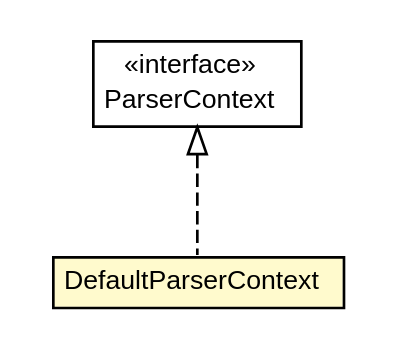
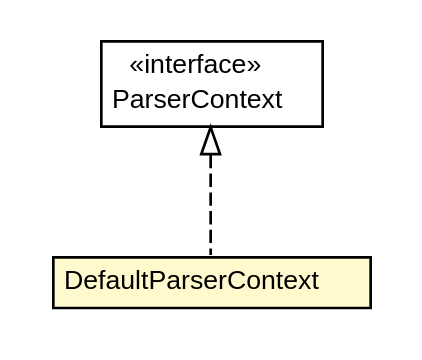
The diagram in jetng-core/apidocs/net/trajano/jetng/internal/DefaultParserContext.dot (trajano/jetng), drawn with Graphviz before and after one commit. The commit also changed 185 other files, not shown here.

```diff
--- a/jetng-core/apidocs/net/trajano/jetng/internal/DefaultParserContext.dot
+++ b/jetng-core/apidocs/net/trajano/jetng/internal/DefaultParserContext.dot
@@ -1,27 +1,27 @@
 #!/usr/local/bin/dot
 #
 # Class diagram 
 # Generated by UMLGraph version R5_6-24-gf6e263 (http://www.umlgraph.org/)
 #
 
 digraph G {
-	edge [fontname="arial",fontsize=10,labelfontname="arial",labelfontsize=10];
-	node [fontname="arial",fontsize=10,shape=plaintext];
+	edge [fontname="Helvetica",fontsize=10,labelfontname="Helvetica",labelfontsize=10];
+	node [fontname="Helvetica",fontsize=10,shape=plaintext];
 	nodesep=0.25;
 	ranksep=0.5;
 	// net.trajano.jetng.ParserContext
-	c75 [label=<<table title="net.trajano.jetng.ParserContext" border="0" cellborder="1" cellspacing="0" cellpadding="2" port="p" href="../ParserContext.html">
+	c82 [label=<<table title="net.trajano.jetng.ParserContext" border="0" cellborder="1" cellspacing="0" cellpadding="2" port="p" href="../ParserContext.html">
 		<tr><td><table border="0" cellspacing="0" cellpadding="1">
 <tr><td align="center" balign="center"> &#171;interface&#187; </td></tr>
 <tr><td align="center" balign="center"> ParserContext </td></tr>
 		</table></td></tr>
-		</table>>, URL="../ParserContext.html", fontname="arial", fontcolor="black", fontsize=10.0];
+		</table>>, URL="../ParserContext.html", fontname="Helvetica", fontcolor="black", fontsize=10.0];
 	// net.trajano.jetng.internal.DefaultParserContext
-	c86 [label=<<table title="net.trajano.jetng.internal.DefaultParserContext" border="0" cellborder="1" cellspacing="0" cellpadding="2" port="p" bgcolor="lemonChiffon" href="./DefaultParserContext.html">
+	c84 [label=<<table title="net.trajano.jetng.internal.DefaultParserContext" border="0" cellborder="1" cellspacing="0" cellpadding="2" port="p" bgcolor="lemonChiffon" href="./DefaultParserContext.html">
 		<tr><td><table border="0" cellspacing="0" cellpadding="1">
 <tr><td align="center" balign="center"> DefaultParserContext </td></tr>
 		</table></td></tr>
-		</table>>, URL="./DefaultParserContext.html", fontname="arial", fontcolor="black", fontsize=10.0];
+		</table>>, URL="./DefaultParserContext.html", fontname="Helvetica", fontcolor="black", fontsize=10.0];
 	//net.trajano.jetng.internal.DefaultParserContext implements net.trajano.jetng.ParserContext
-	c75:p -> c86:p [dir=back,arrowtail=empty,style=dashed];
+	c82:p -> c84:p [dir=back,arrowtail=empty,style=dashed];
 }
```
